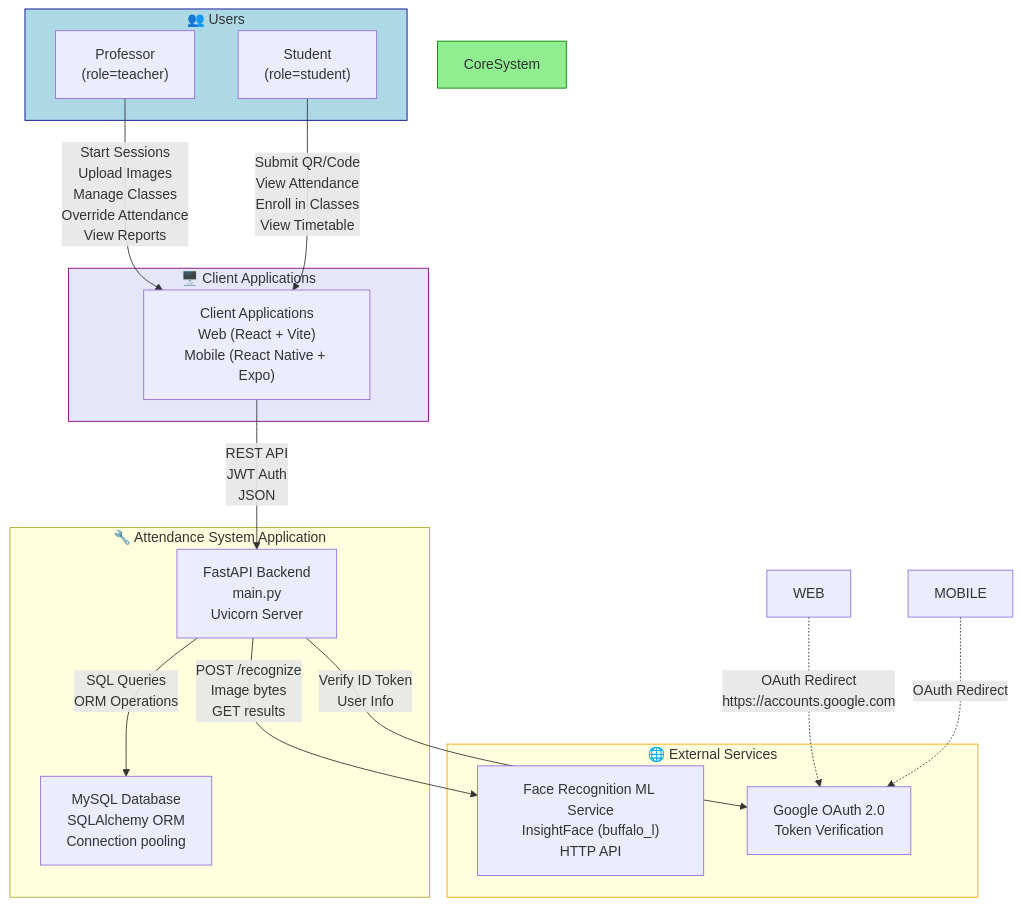
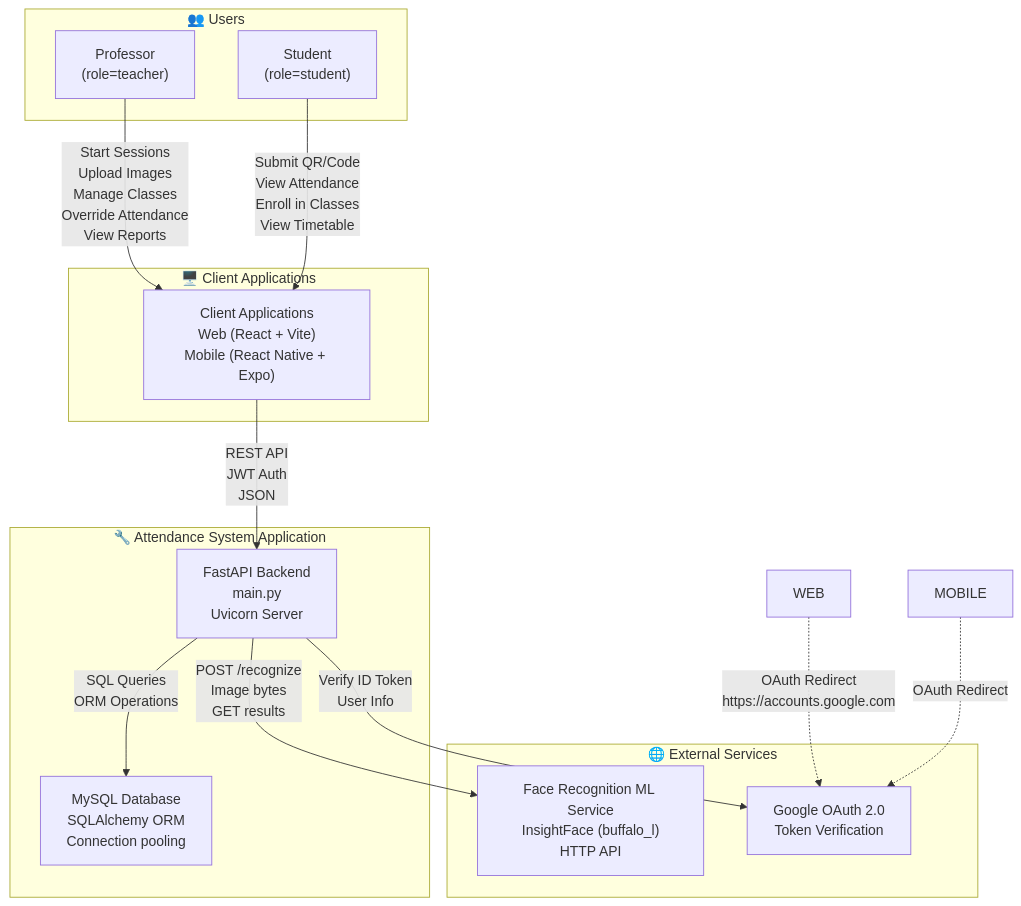
The first of 2 diagrams in docs/manual/overview-architecture.md (Reddy16293/SmartAttendance), drawn with Mermaid before and after one commit. The commit also changed 1 other file, not shown here.

Commit message:
docs: Add dual-verification context, fix system-architecture diagram

````diff
--- a/docs/manual/overview-architecture.md
+++ b/docs/manual/overview-architecture.md
@@ -67,45 +67,35 @@
 ```mermaid
 graph TB
 	subgraph Users["👥 Users"]
 		Professor["Professor<br/>(role=teacher)"]
 		Student["Student<br/>(role=student)"]
 	end
     
 	subgraph Clients["🖥️ Client Applications"]
 		CLIENT["Client Applications<br/>Web (React + Vite)\nMobile (React Native + Expo)"]
 	end
     
 	subgraph AttendanceSystem["🔧 Attendance System Application"]
 		BE["FastAPI Backend<br/>main.py<br/>Uvicorn Server"]
 		DB["MySQL Database<br/>SQLAlchemy ORM<br/>Connection pooling"]
 	end
     
 	subgraph ExternalServices["🌐 External Services"]
 		ML["Face Recognition ML Service<br/>InsightFace (buffalo_l)<br/>HTTP API"]
 		OAUTH["Google OAuth 2.0<br/>Token Verification"]
 	end
     
 	Professor -->|Start Sessions<br/>Upload Images<br/>Manage Classes<br/>Override Attendance<br/>View Reports| CLIENT
 	Student -->|Submit QR/Code<br/>View Attendance<br/>Enroll in Classes<br/>View Timetable| CLIENT
     
 	CLIENT -->|REST API<br/>JWT Auth<br/>JSON| BE
     
 	BE -->|SQL Queries<br/>ORM Operations| DB
     
 	BE -->|POST /recognize<br/>Image bytes<br/>GET results| ML
     
 	BE -->|Verify ID Token<br/>User Info| OAUTH
     
-	WEB -.->|OAuth Redirect<br/>https://accounts.google.com| OAUTH
-	MOBILE -.->|OAuth Redirect| OAUTH
-    
-	style Users fill:lightblue,stroke:darkblue
-	style Clients fill:lavender,stroke:purple
-	style CoreSystem fill:lightgreen,stroke:green
-	style ExternalServices fill:lightyellow,stroke:orange
-    
-	classDef userStyle fill:lightblue,stroke:darkblue,color:#000
-	classDef clientStyle fill:lavender,stroke:purple,color:#000
-	classDef coreStyle fill:lightgreen,stroke:green,color:#000
-	classDef externalStyle fill:lightyellow,stroke:orange,color:#000
+    WEB -.->|OAuth Redirect<br/>https://accounts.google.com| OAUTH
+    MOBILE -.->|OAuth Redirect| OAUTH
 ```
````
